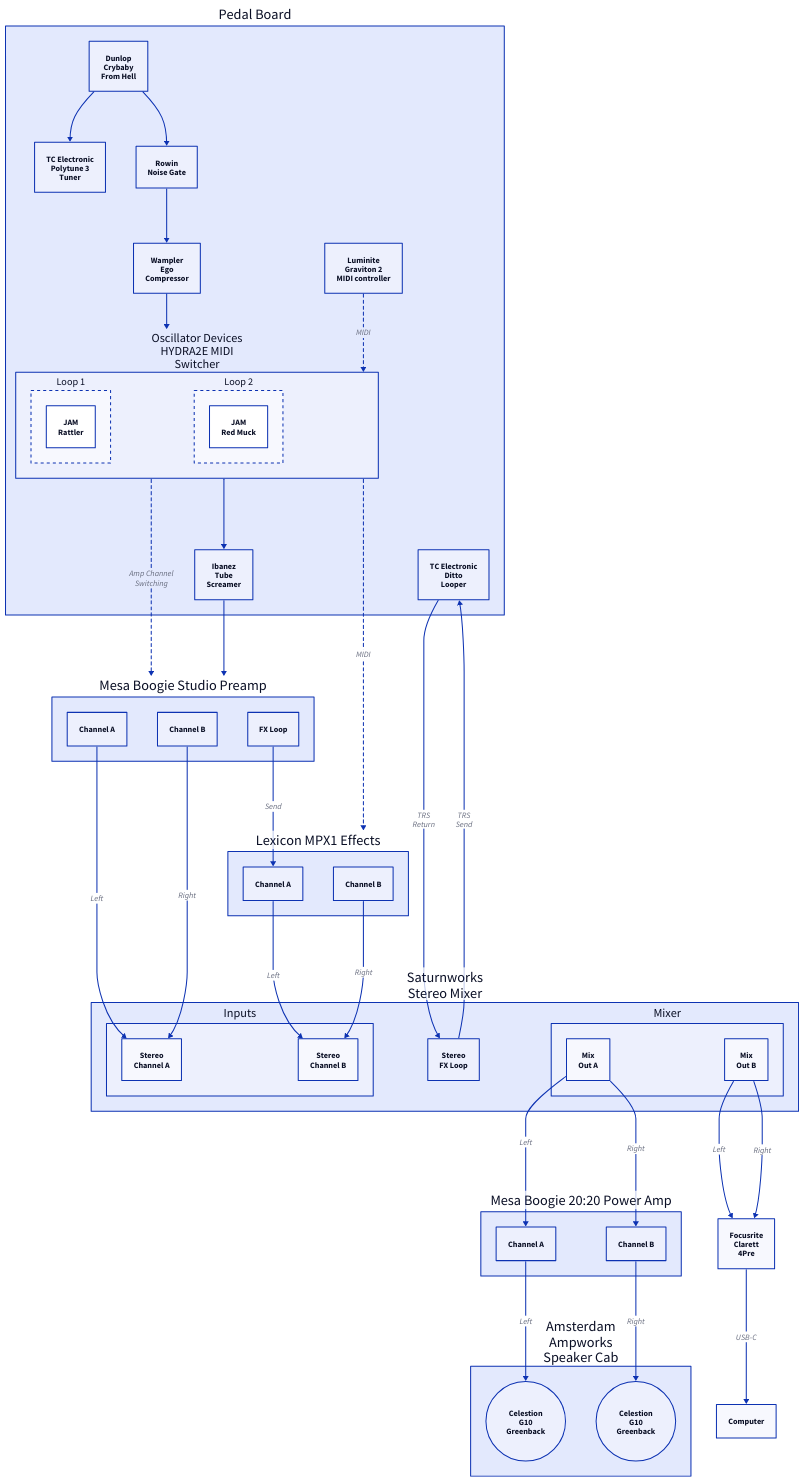
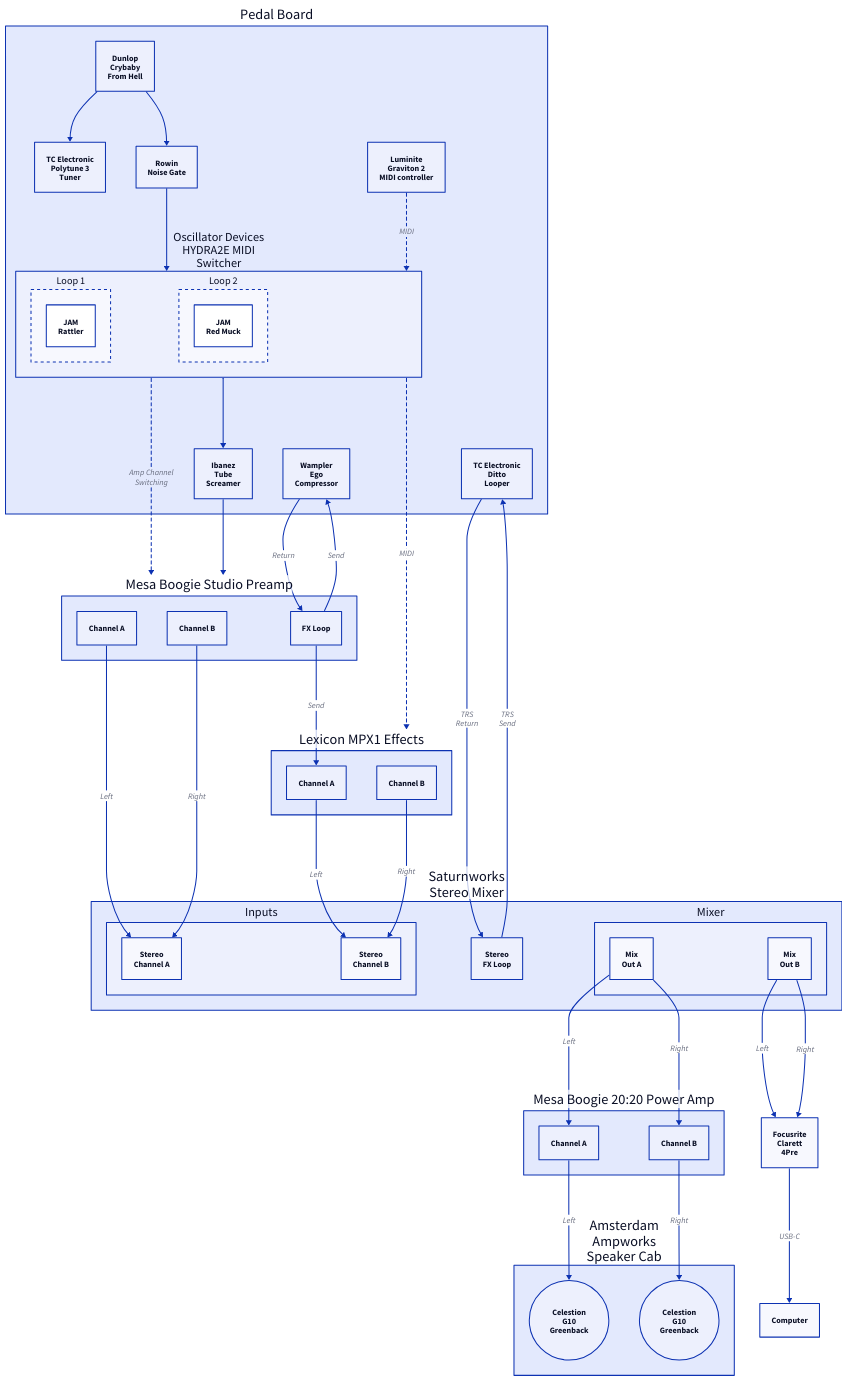
Before and after one commit to timvaillancourt/amp-diagrams: the diagram in amprack.d2, drawn with D2. The commit also changed 2 other files, not shown here.

```diff
--- a/amprack.d2
+++ b/amprack.d2
@@ -1,96 +1,98 @@
 pb: "Pedal Board" {
   cbfh: "Dunlop\nCrybaby\nFrom Hell" {}
   polytune3: "TC Electronic\nPolytune 3\nTuner" {}
   rowinng: "Rowin\nNoise Gate" {}
   wec: "Wampler\nEgo\nCompressor" {}
   mc: "Luminite\nGraviton 2\nMIDI controller" {}
   mls: "Oscillator Devices\nHYDRA2E MIDI\nSwitcher" {
     1: "Loop 1" {
       style: {
         stroke-dash: 3
       }
       ts: "JAM\nRattler" {}
     }
     2: "Loop 2" {
       style: {
         stroke-dash: 3
       }
       ts: "JAM\nRed Muck" {}
     }
   }
   ts: "Ibanez\nTube\nScreamer" {}
   cbfh -> polytune3
-  cbfh -> rowinng -> wec -> mls -> ts
+  cbfh -> rowinng -> mls -> ts
   mc -> mls: "MIDI" {
     style: {
       stroke-dash: 3
     }
   }
   ditto: "TC Electronic\nDitto\nLooper" {}
 }
 
 msp: "Mesa Boogie Studio Preamp" {
   A: "Channel A" {}
   B: "Channel B" {}
   Loop: "FX Loop" {}
 }
 pb.mls -> msp: "Amp Channel\nSwitching" {
   style: {
     stroke-dash: 3
   }
 }
 pb.ts -> msp
+msp.Loop -> pb.wec: "Send" {}
+pb.wec -> msp.Loop: "Return" {}
 
 mixer: "Saturnworks\nStereo Mixer" {
   In: "Inputs" {
     A: "Stereo\nChannel A" {}
     B: "Stereo\nChannel B" {}
   }
   Loop: "Stereo\nFX Loop" {}
   Mix: "Mixer" {
     A: "Mix\nOut A" {}
     B: "Mix\nOut B" {}
   }
 }
 msp.A -> mixer.In.A: "Left"
 msp.B -> mixer.In.A: "Right"
 
 mpx1: "Lexicon MPX1 Effects" {
   A: "Channel A" {}
   B: "Channel B" {}
 }
 pb.mls -> mpx1: "MIDI" {
   style: {
     stroke-dash: 3
   }
 }
 msp.Loop -> mpx1.A: "Send" {}
 mpx1.A -> mixer.In.B: "Left"
 mpx1.B -> mixer.In.B: "Right"
 
 m2020: "Mesa Boogie 20:20 Power Amp" {
   A: "Channel A" {}
   B: "Channel B" {}
 }
 mixer.Mix.A -> m2020.A: "Left"
 mixer.Mix.A -> m2020.B: "Right"
 mixer.Loop -> pb.ditto: "TRS\nSend"
 pb.ditto -> mixer.Loop: "TRS\nReturn"
 
 cab: "Amsterdam\nAmpworks\nSpeaker Cab" {
   A: "Celestion\nG10\nGreenback" {
     shape: "circle"
   }
   B: "Celestion\nG10\nGreenback" {
     shape: "circle"
   }
 }
 m2020.A -> cab.A: "Left"
 m2020.B -> cab.B: "Right"
 
 clarett: "Focusrite\nClarett\n4Pre" {}
 mixer.Mix.B -> clarett: "Left"
 mixer.Mix.B -> clarett: "Right"
 
 computer: "Computer"
 clarett -> computer: "USB-C"
```
